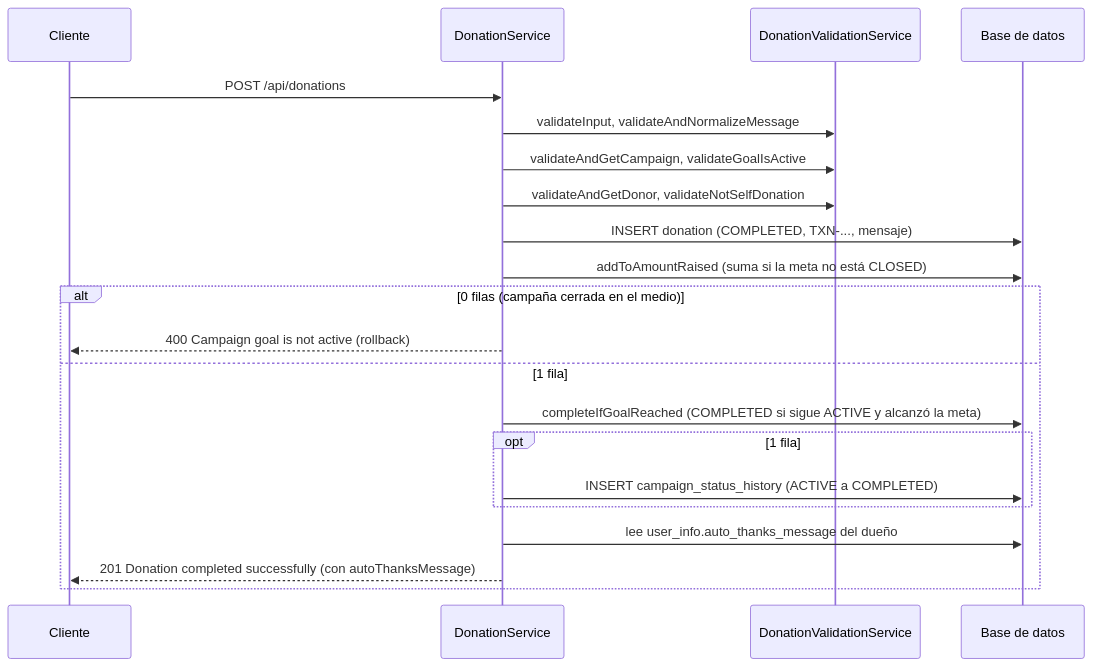
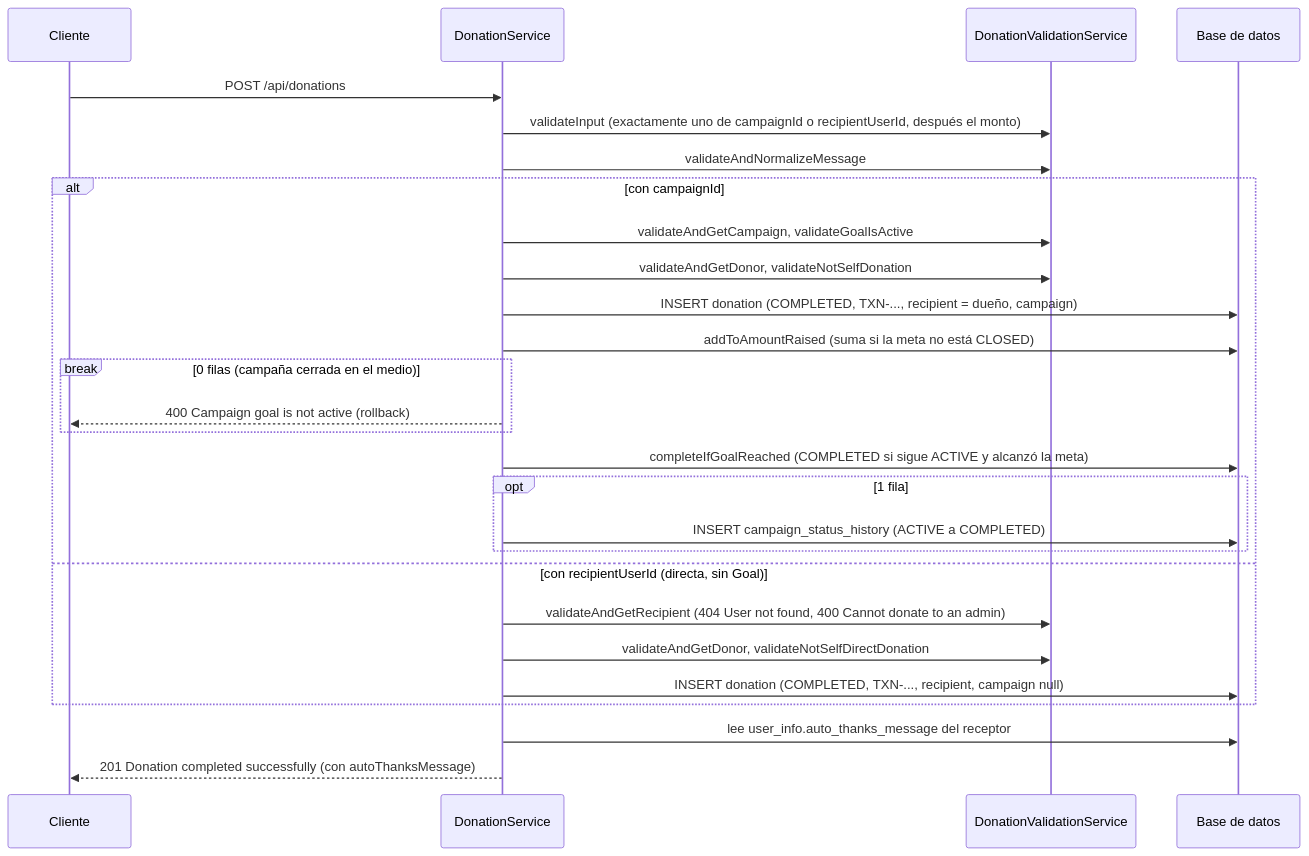
Before and after one commit to joseph517/vapati: the second of 4 diagrams in docs/arquitectura/dominios/donation.md, drawn with Mermaid. The commit also changed other lines of this file and 9 other files, not shown here.

First line of the commit message:
docs: Document direct donations, recipient, received donations and the donation migration

````diff
--- a/docs/arquitectura/dominios/donation.md
+++ b/docs/arquitectura/dominios/donation.md
@@ -168,23 +196,29 @@
 ```mermaid
 sequenceDiagram
     participant C as Cliente
     participant S as DonationService
     participant V as DonationValidationService
     participant DB as Base de datos
     C->>S: POST /api/donations
-    S->>V: validateInput, validateAndNormalizeMessage
-    S->>V: validateAndGetCampaign, validateGoalIsActive
-    S->>V: validateAndGetDonor, validateNotSelfDonation
-    S->>DB: INSERT donation (COMPLETED, TXN-..., mensaje)
-    S->>DB: addToAmountRaised (suma si la meta no está CLOSED)
-    alt 0 filas (campaña cerrada en el medio)
-        S-->>C: 400 Campaign goal is not active (rollback)
-    else 1 fila
+    S->>V: validateInput (exactamente uno de campaignId o recipientUserId, después el monto)
+    S->>V: validateAndNormalizeMessage
+    alt con campaignId
+        S->>V: validateAndGetCampaign, validateGoalIsActive
+        S->>V: validateAndGetDonor, validateNotSelfDonation
+        S->>DB: INSERT donation (COMPLETED, TXN-..., recipient = dueño, campaign)
+        S->>DB: addToAmountRaised (suma si la meta no está CLOSED)
+        break 0 filas (campaña cerrada en el medio)
+            S-->>C: 400 Campaign goal is not active (rollback)
+        end
         S->>DB: completeIfGoalReached (COMPLETED si sigue ACTIVE y alcanzó la meta)
         opt 1 fila
             S->>DB: INSERT campaign_status_history (ACTIVE a COMPLETED)
         end
-        S->>DB: lee user_info.auto_thanks_message del dueño
-        S-->>C: 201 Donation completed successfully (con autoThanksMessage)
+    else con recipientUserId (directa, sin Goal)
+        S->>V: validateAndGetRecipient (404 User not found, 400 Cannot donate to an admin)
+        S->>V: validateAndGetDonor, validateNotSelfDirectDonation
+        S->>DB: INSERT donation (COMPLETED, TXN-..., recipient, campaign null)
     end
+    S->>DB: lee user_info.auto_thanks_message del receptor
+    S-->>C: 201 Donation completed successfully (con autoThanksMessage)
 ```
````
